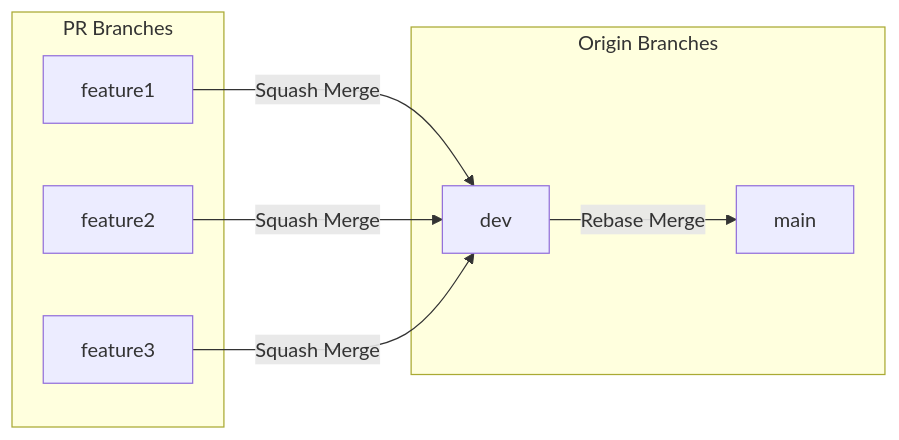
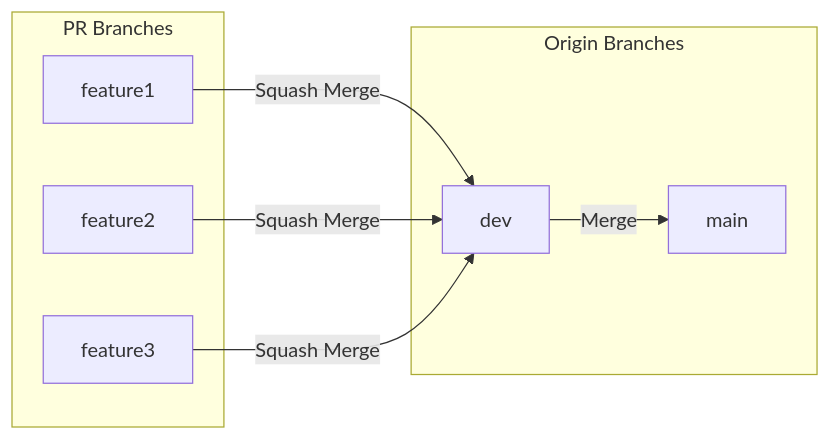
Before and after one commit to 5ouma/opml-generator: the diagram in .github/CONTRIBUTING.md, drawn with Mermaid. The commit also changed 4 other files, not shown here.

````diff
--- a/.github/CONTRIBUTING.md
+++ b/.github/CONTRIBUTING.md
@@ -43,16 +43,16 @@
 ```mermaid
 flowchart LR
   subgraph PR Branches
     feature1
     feature2
     feature3
   end
 
   subgraph  Origin Branches
     dev
     main
   end
 
   feature1 & feature2 & feature3 -- Squash Merge --> dev
-  dev -- Rebase Merge --> main
+  dev -- Merge --> main
 ```
````
